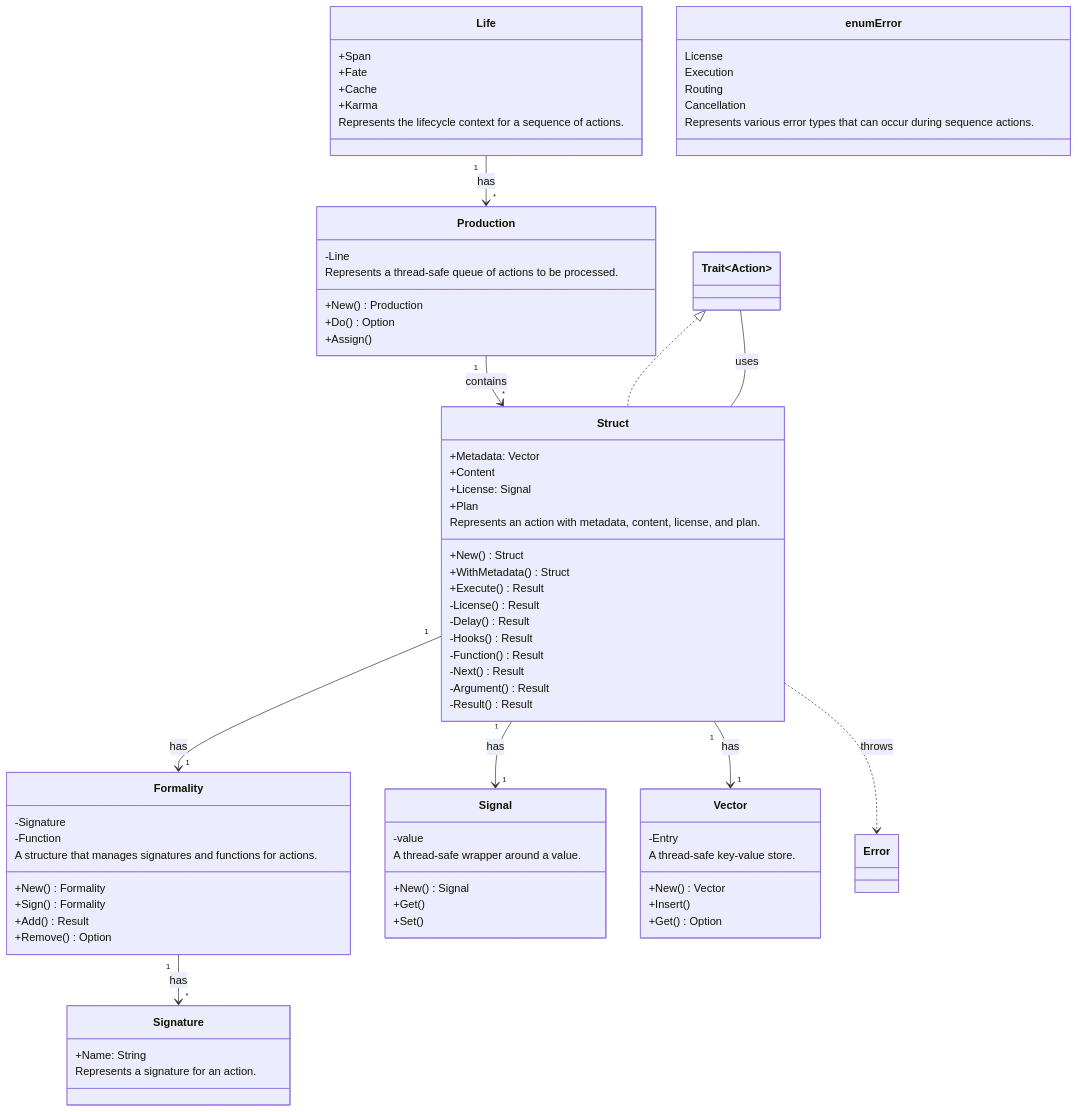
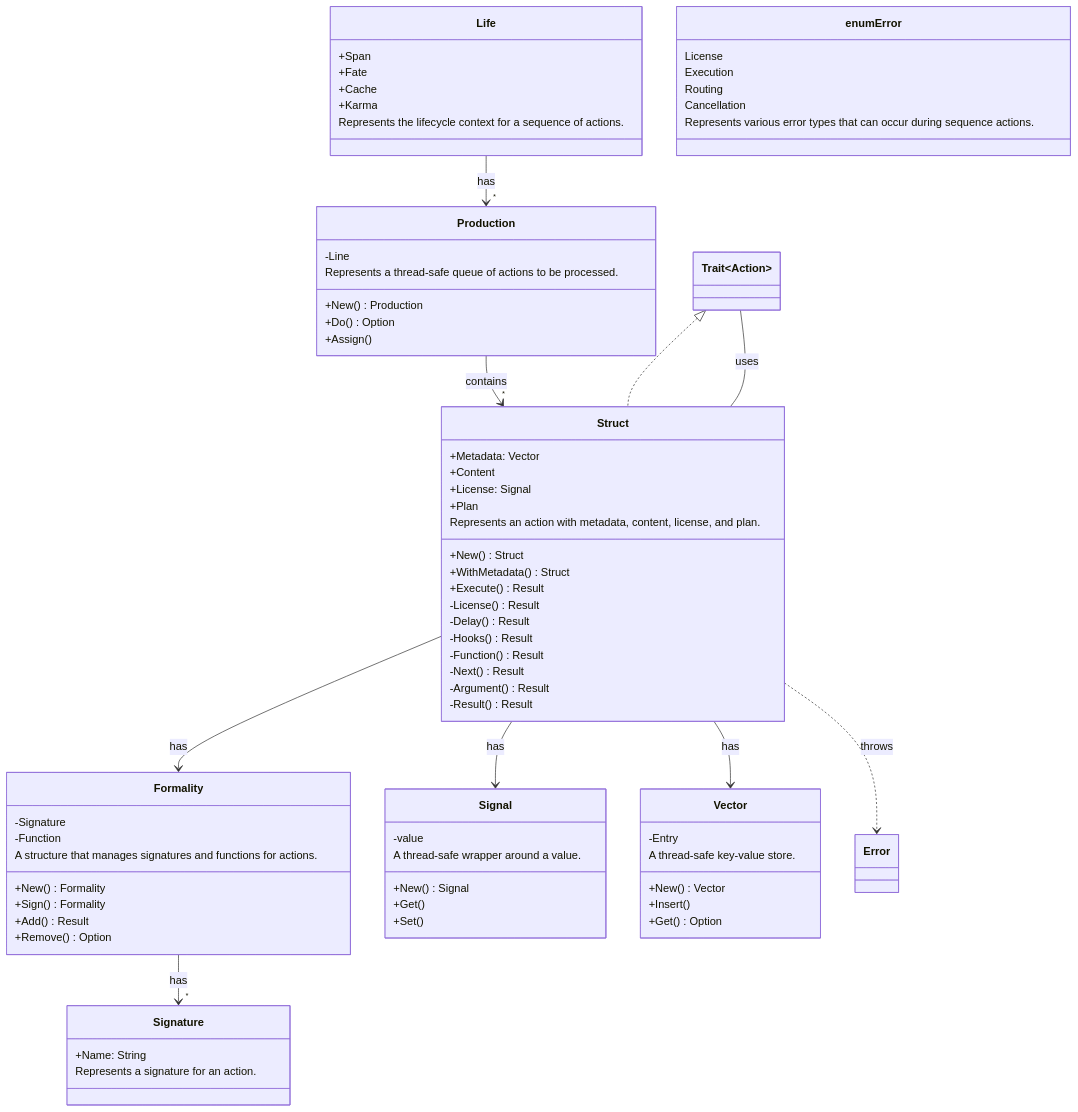
One commit to CodeEditorLand/Echo changed the first of 2 diagrams in README.md. Above: the diagram before and after it, drawn with Mermaid.

```diff
--- a/README.md
+++ b/README.md
@@ -232,12 +232,12 @@
         Represents various error types that can occur during sequence actions.
     }
 
-    Struct "1" --> "1" Vector : has
-    Struct "1" --> "1" Signal : has
-    Struct "1" --> "1" Formality : has
-    Life "1" --> "*" Production : has
-    Production "1" --> "*" Struct : contains
-    Formality "1" --> "*" Signature: has
+    Struct --> Vector : has
+    Struct --> Signal : has
+    Struct --> Formality : has
+    Life --> "*" Production : has
+    Production --> "*" Struct : contains
+    Formality --> "*" Signature: has
     Struct ..> Error : throws
     Trait~Action~ <|.. Struct
     Trait~Site~ -- Struct: uses
```
